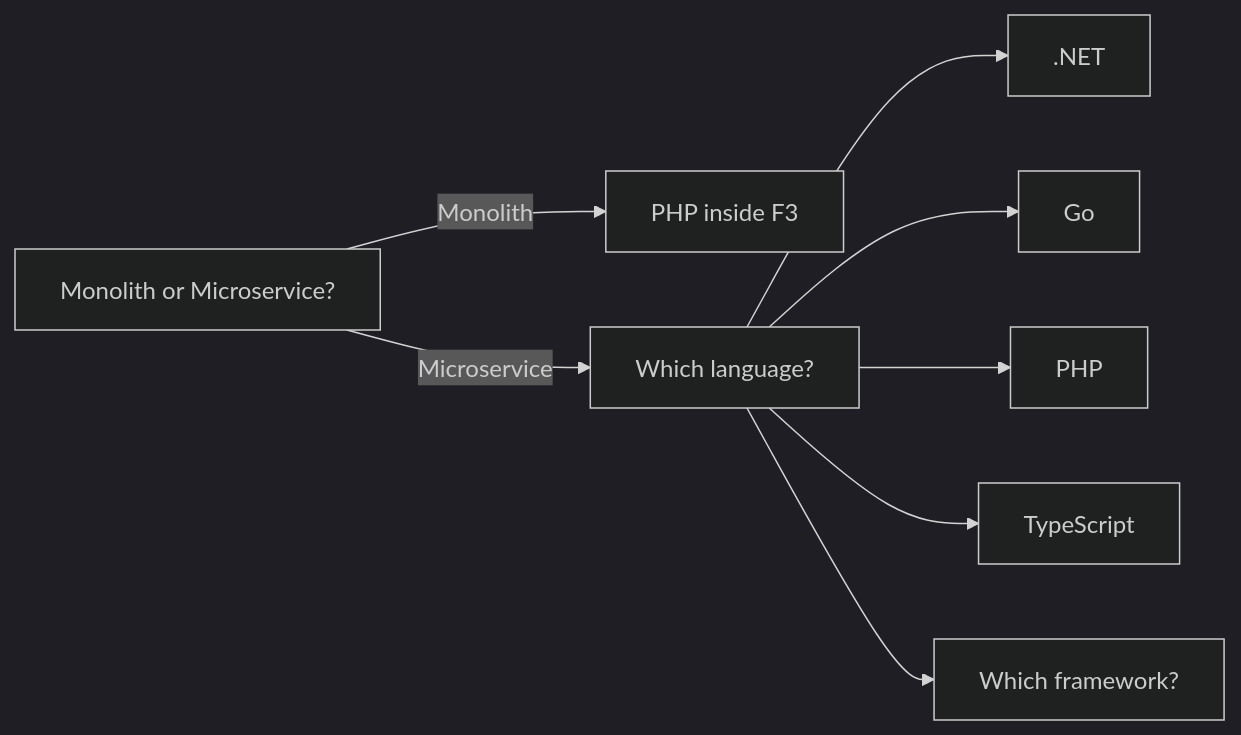
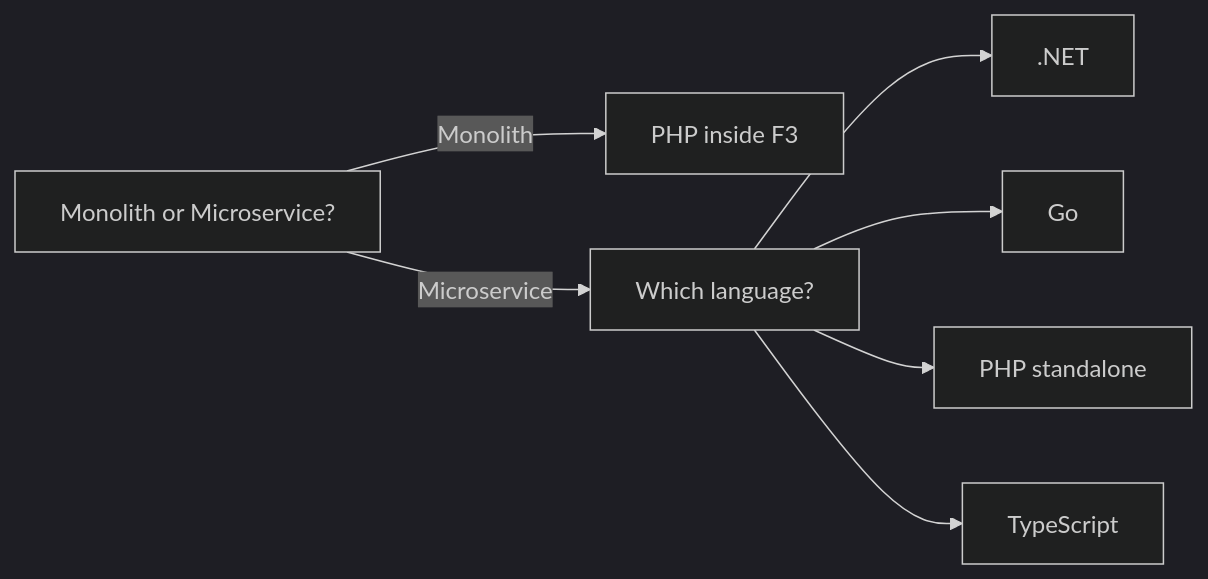
The fifth of 9 diagrams in presentation/2026-03-09-ai-driven-design/ai-methodology.md (sosotravelier/tc-transition-to-12go), drawn with Mermaid (dark theme) before and after one commit. The commit also changed other lines of this file, not shown here.

````diff
--- a/presentation/2026-03-09-ai-driven-design/ai-methodology.md
+++ b/presentation/2026-03-09-ai-driven-design/ai-methodology.md
@@ -250,11 +250,10 @@
 ```mermaid
 flowchart LR
     D1["Monolith or Microservice?"]
     D1 -->|Monolith| A["PHP inside F3"]
     D1 -->|Microservice| D2["Which language?"]
     D2 --> L1[".NET"]
     D2 --> L2["Go"]
-    D2 --> L3["PHP"]
+    D2 --> L3["PHP standalone"]
     D2 --> L4["TypeScript"]
-    D2 --> D3["Which framework?"]
 ```
````
